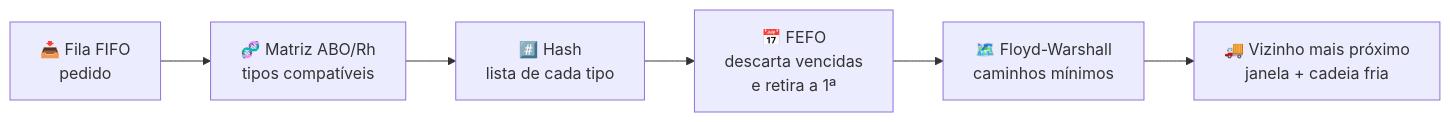
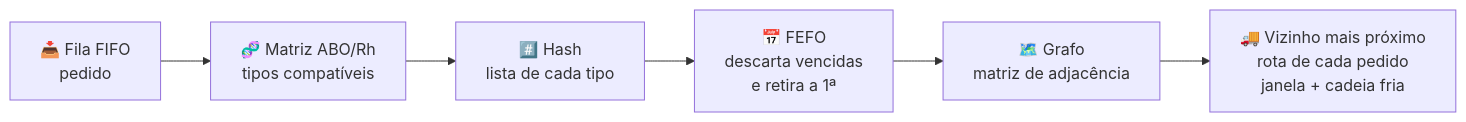
Before and after one commit to egs3-coder/AED: the diagram in README.md, drawn with Mermaid. The commit also changed other lines of this file and 16 other files, not shown here.

````diff
--- a/README.md
+++ b/README.md
@@ -82,8 +92,8 @@
 ```mermaid
 flowchart LR
     A[📥 Fila FIFO<br>pedido] --> B[🧬 Matriz ABO/Rh<br>tipos compatíveis]
     B --> C[#️⃣ Hash<br>lista de cada tipo]
     C --> D[📅 FEFO<br>descarta vencidas<br>e retira a 1ª]
-    D --> E[🗺️ Floyd-Warshall<br>caminhos mínimos]
-    E --> F[🚚 Vizinho mais próximo<br>janela + cadeia fria]
+    D --> E[🗺️ Grafo<br>matriz de adjacência]
+    E --> F[🚚 Vizinho mais próximo<br>rota de cada pedido<br>janela + cadeia fria]
 ```
````
